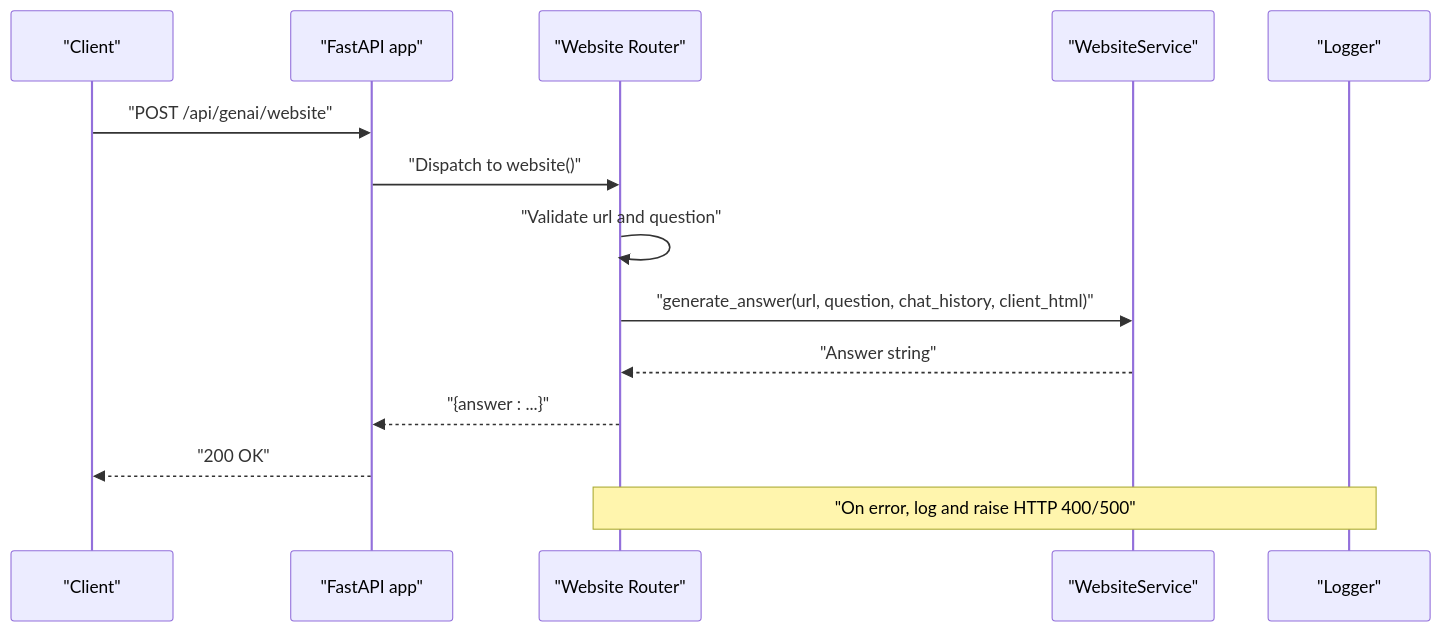
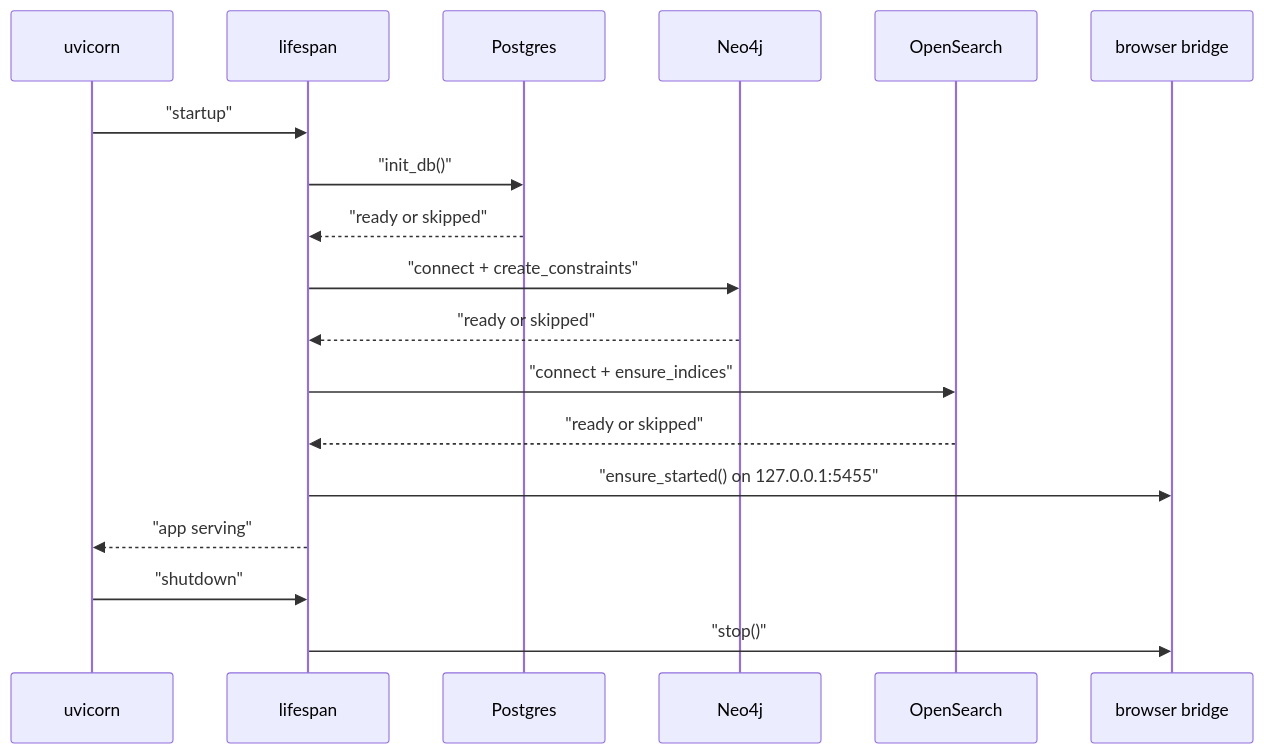
The third of 4 diagrams in src/data/docs/agentic-browser/API Server/API Overview.md (tashifkhan/tashif.codes), drawn with Mermaid before and after one commit. The commit also changed other lines of this file and 114 other files, not shown here.

````diff
--- a/src/data/docs/agentic-browser/API Server/API Overview.md
+++ b/src/data/docs/agentic-browser/API Server/API Overview.md
@@ -121,16 +144,20 @@
 ```mermaid
 sequenceDiagram
-participant C as "Client"
-participant A as "FastAPI app"
-participant W as "Website Router"
-participant S as "WebsiteService"
-participant L as "Logger"
-C->>A : "POST /api/genai/website"
-A->>W : "Dispatch to website()"
-W->>W : "Validate url and question"
-W->>S : "generate_answer(url, question, chat_history, client_html)"
-S-->>W : "Answer string"
-W-->>A : "{answer : ...}"
-A-->>C : "200 OK"
-Note over W,L : "On error, log and raise HTTP 400/500"
+  participant U as uvicorn
+  participant L as lifespan
+  participant PG as Postgres
+  participant N as Neo4j
+  participant O as OpenSearch
+  participant B as browser bridge
+  U->>L: "startup"
+  L->>PG: "init_db()"
+  PG-->>L: "ready or skipped"
+  L->>N: "connect + create_constraints"
+  N-->>L: "ready or skipped"
+  L->>O: "connect + ensure_indices"
+  O-->>L: "ready or skipped"
+  L->>B: "ensure_started() on 127.0.0.1:5455"
+  L-->>U: "app serving"
+  U->>L: "shutdown"
+  L->>B: "stop()"
 ```
````
